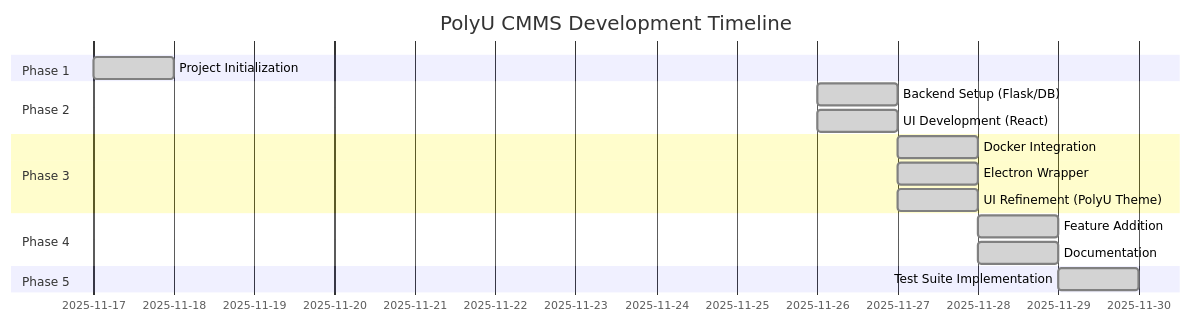
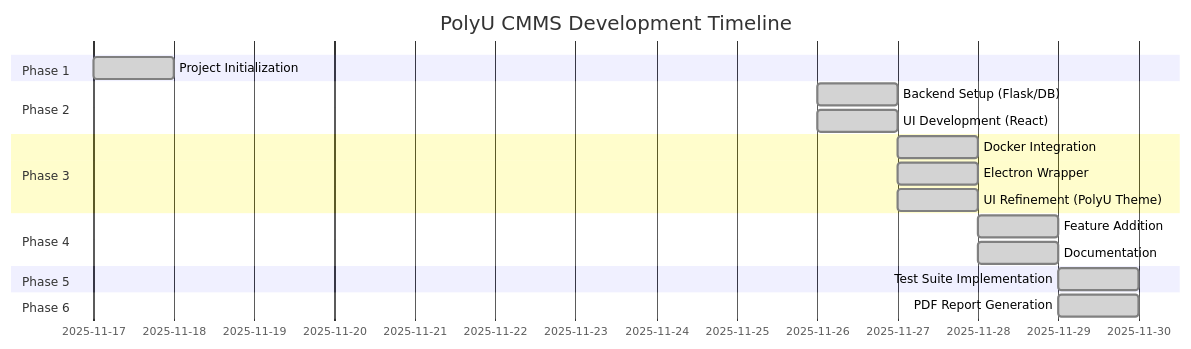
One commit to HaochenFa/COMP2411_DBMS_CMMS_GroupProject changed the first of 13 diagrams in PROJECT_REPORT.md. Above: the diagram before and after it, drawn with Mermaid. The commit also changed other lines of this file and 7 other files, not shown here.

First line of the commit message:
feat: Add PDF Report Generation & Export feature

````diff
--- a/PROJECT_REPORT.md
+++ b/PROJECT_REPORT.md
@@ -46,19 +46,21 @@
 ```mermaid
 gantt
     title PolyU CMMS Development Timeline
     dateFormat  YYYY-MM-DD
     section Phase 1
     Project Initialization     :done, init, 2025-11-17, 1d
     section Phase 2
     Backend Setup (Flask/DB)   :done, backend1, 2025-11-26, 1d
     UI Development (React)     :done, ui1, 2025-11-26, 1d
     section Phase 3
     Docker Integration         :done, docker, 2025-11-27, 1d
     Electron Wrapper           :done, electron, 2025-11-27, 1d
     UI Refinement (PolyU Theme):done, ui2, 2025-11-27, 1d
     section Phase 4
     Feature Addition           :done, features, 2025-11-28, 1d
     Documentation              :done, docs, 2025-11-28, 1d
     section Phase 5
     Test Suite Implementation  :done, testing, 2025-11-29, 1d
+    section Phase 6
+    PDF Report Generation      :done, reports, 2025-11-29, 1d
 ```
````
